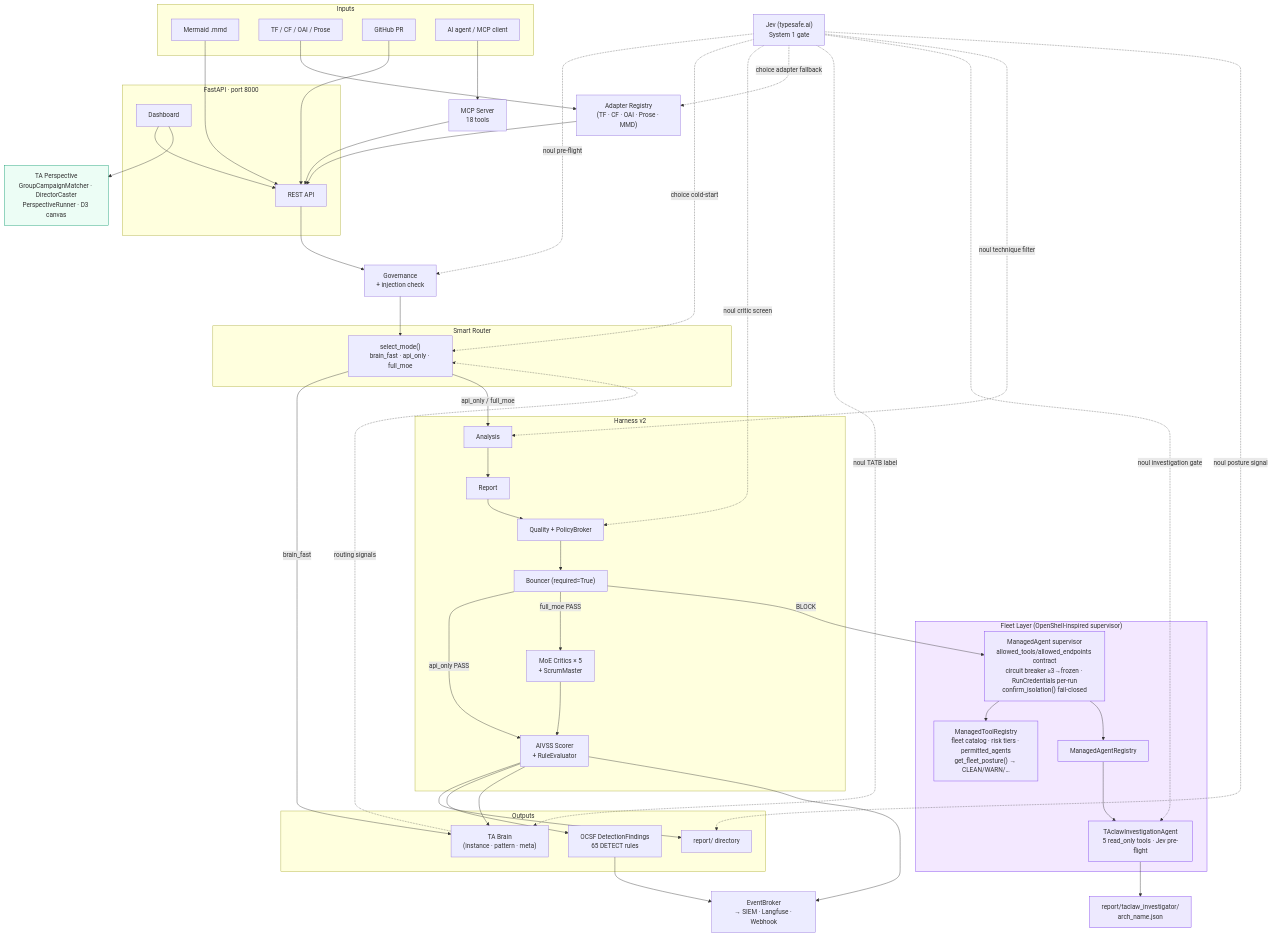
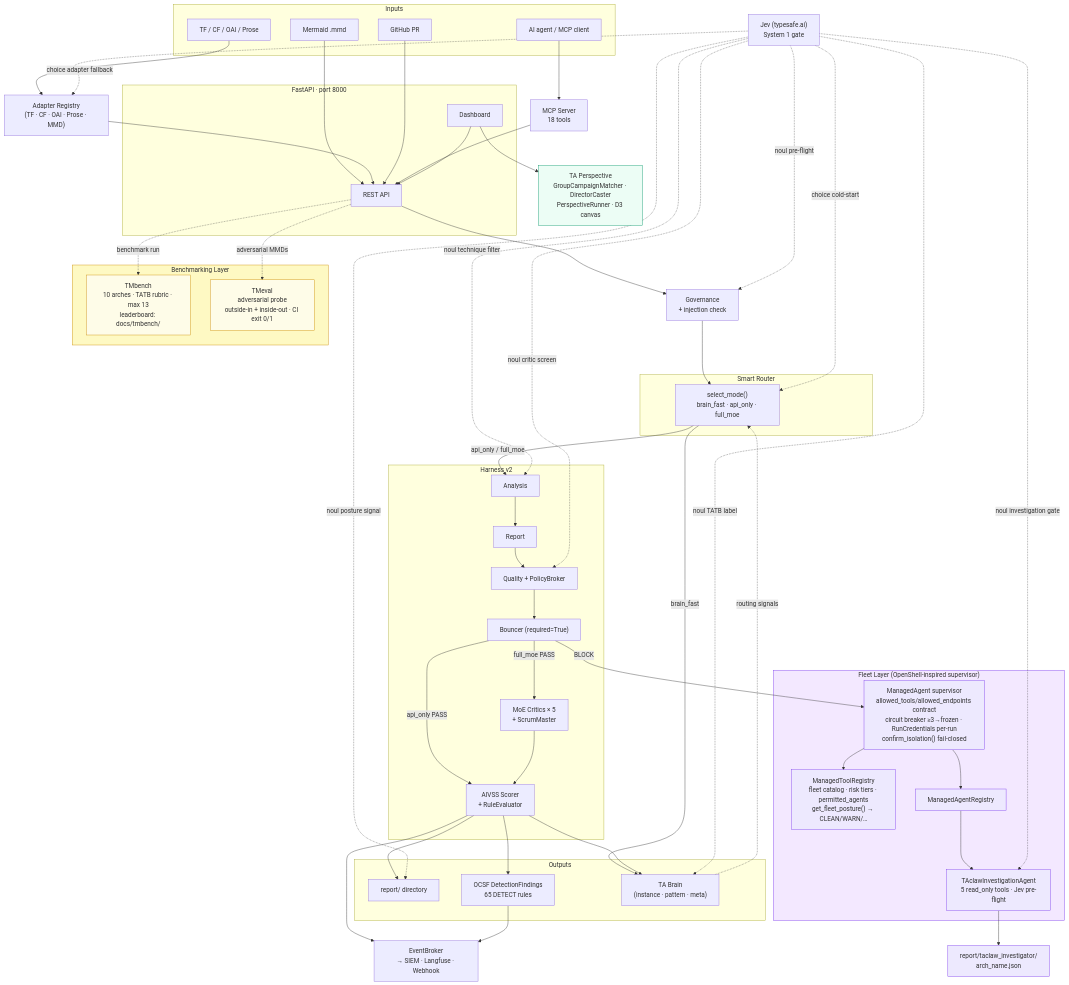
Before and after one commit to BerdTan/threatassessor: the diagram in README.md, drawn with Mermaid. The commit also changed other lines of this file, not shown here.

Commit message:
docs(readme): add TMbench and TMeval to what-you-get, architecture diagram, and go-deeper
- Two bullets in "What you get" (TMbench open benchmark, TMeval adversarial probe)
- Benchmarking Layer subgraph in architecture diagram with dotted arrows from rest_api
- docs/tmbench/ entry in "Go deeper"
- Build story count: 38 → 40 parts

```diff
--- a/README.md
+++ b/README.md
@@ -108,6 +110,17 @@
 
     dash_ui --> persp
 
+    subgraph Bench["Benchmarking Layer"]
+        tmbench["TMbench\n10 arches · TATB rubric · max 13\nleaderboard: docs/tmbench/"]
+        tmeval["TMeval\nadversarial probe\noutside-in + inside-out · CI exit 0/1"]
+    end
+
+    rest_api -.->|benchmark run| tmbench
+    rest_api -.->|adversarial MMDs| tmeval
+
+    style Bench fill:#fef9c3,stroke:#ca8a04
+    style tmbench fill:#fefce8,stroke:#ca8a04
+    style tmeval fill:#fefce8,stroke:#ca8a04
     style Fleet fill:#f3e8ff,stroke:#7c3aed
     style supervisor fill:#ede9fe,stroke:#7c3aed
     style tool_reg fill:#ede9fe,stroke:#7c3aed
```
